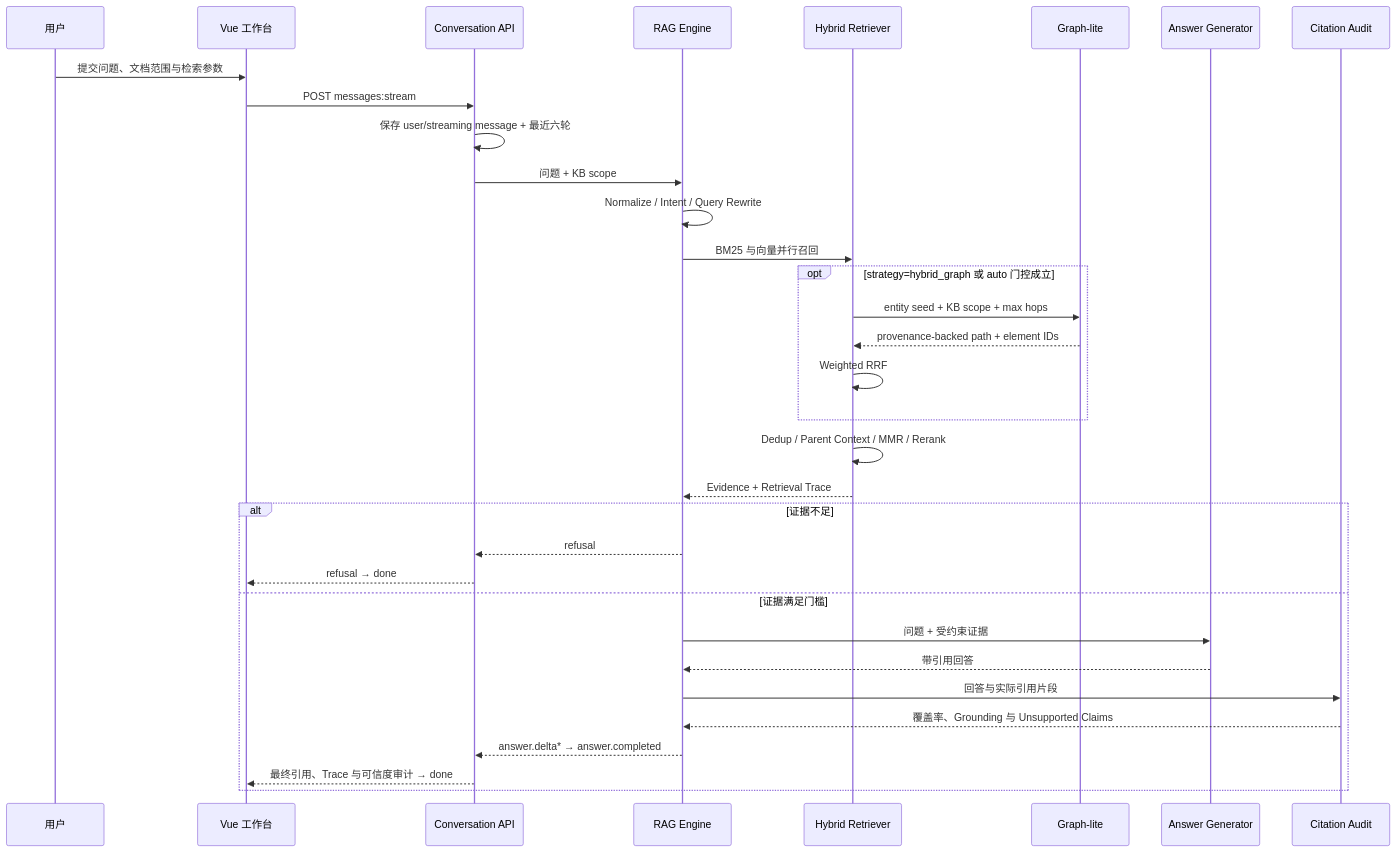
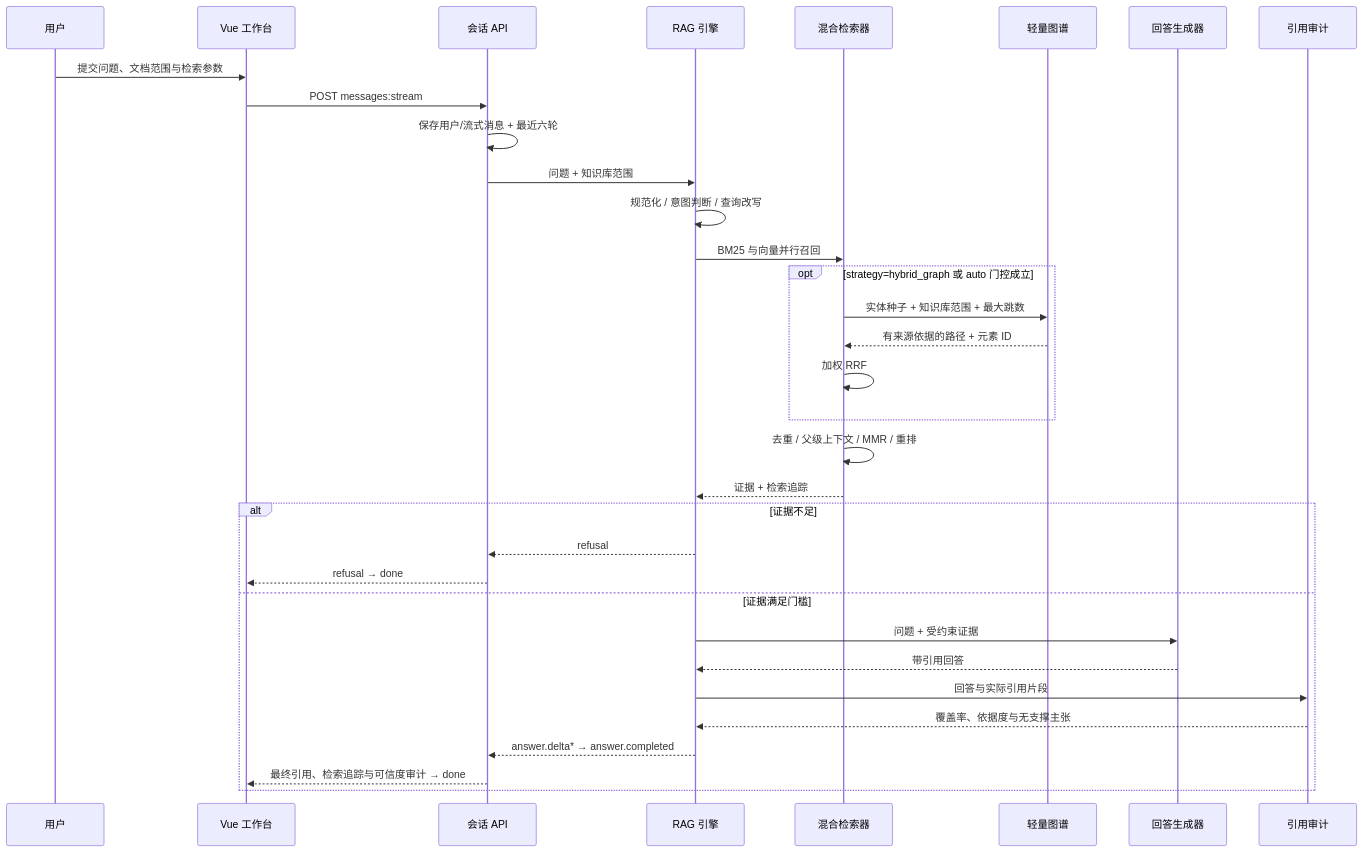
One commit to 728792899-create/personal-multimodal-rag changed the third of 6 diagrams in docs/architecture.md. Above: the diagram before and after it, drawn with Mermaid. The commit also changed other lines of this file and 156 other files, not shown here.

````diff
--- a/docs/architecture.md
+++ b/docs/architecture.md
@@ -130,36 +130,36 @@
 ```mermaid
 sequenceDiagram
   participant U as 用户
   participant W as Vue 工作台
-  participant C as Conversation API
-  participant E as RAG Engine
-  participant R as Hybrid Retriever
-  participant GR as Graph-lite
-  participant G as Answer Generator
-  participant A as Citation Audit
+  participant C as 会话 API
+  participant E as RAG 引擎
+  participant R as 混合检索器
+  participant GR as 轻量图谱
+  participant G as 回答生成器
+  participant A as 引用审计
 
   U->>W: 提交问题、文档范围与检索参数
   W->>C: POST messages:stream
-  C->>C: 保存 user/streaming message + 最近六轮
-  C->>E: 问题 + KB scope
-  E->>E: Normalize / Intent / Query Rewrite
+  C->>C: 保存用户/流式消息 + 最近六轮
+  C->>E: 问题 + 知识库范围
+  E->>E: 规范化 / 意图判断 / 查询改写
   E->>R: BM25 与向量并行召回
   opt strategy=hybrid_graph 或 auto 门控成立
-    R->>GR: entity seed + KB scope + max hops
-    GR-->>R: provenance-backed path + element IDs
-    R->>R: Weighted RRF
+    R->>GR: 实体种子 + 知识库范围 + 最大跳数
+    GR-->>R: 有来源依据的路径 + 元素 ID
+    R->>R: 加权 RRF
   end
-  R->>R: Dedup / Parent Context / MMR / Rerank
-  R-->>E: Evidence + Retrieval Trace
+  R->>R: 去重 / 父级上下文 / MMR / 重排
+  R-->>E: 证据 + 检索追踪
   alt 证据不足
     E-->>C: refusal
     C-->>W: refusal → done
   else 证据满足门槛
     E->>G: 问题 + 受约束证据
     G-->>E: 带引用回答
     E->>A: 回答与实际引用片段
-    A-->>E: 覆盖率、Grounding 与 Unsupported Claims
+    A-->>E: 覆盖率、依据度与无支撑主张
     E-->>C: answer.delta* → answer.completed
-    C-->>W: 最终引用、Trace 与可信度审计 → done
+    C-->>W: 最终引用、检索追踪与可信度审计 → done
   end
 ```
````
